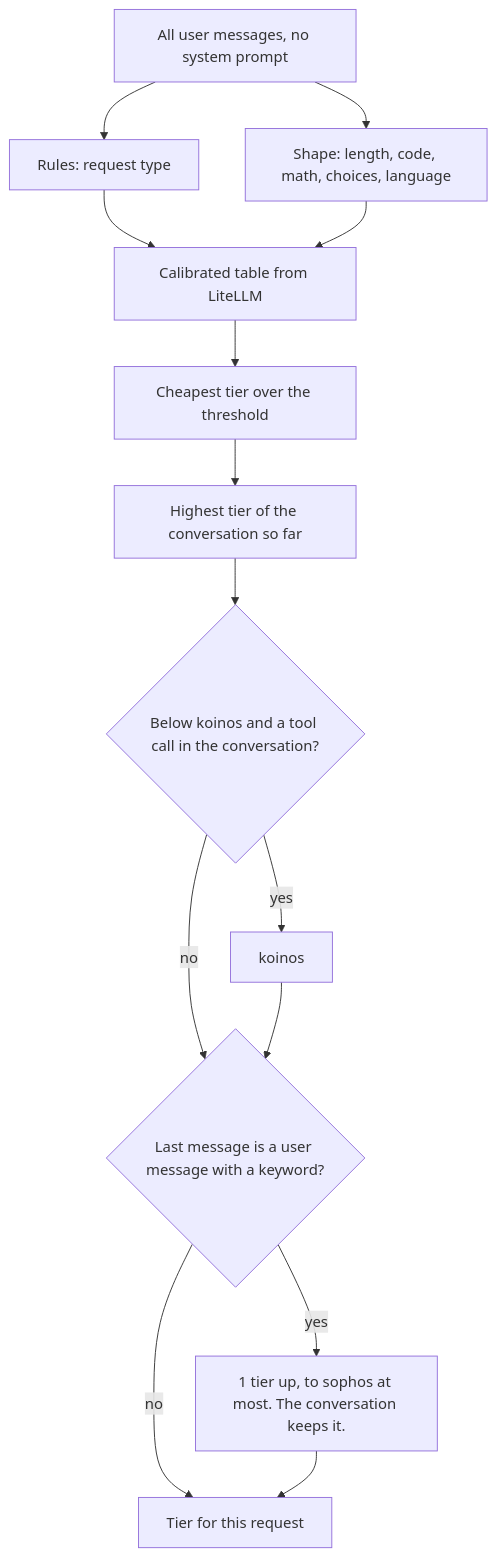
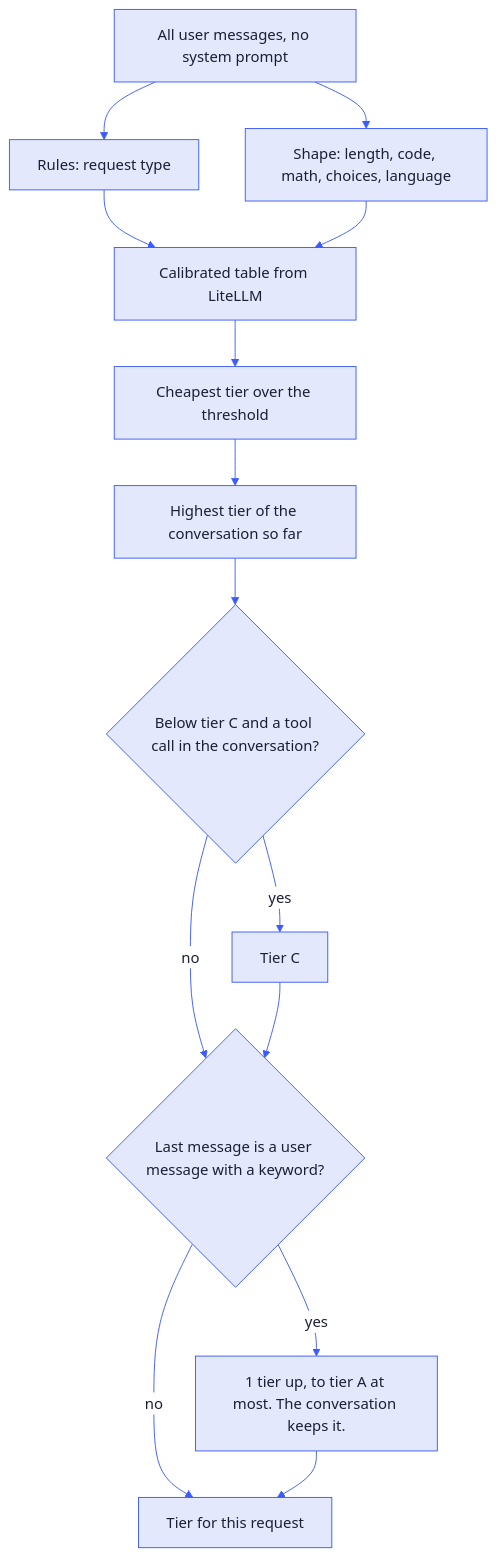
Before and after one commit to nemoe7/daedalus: the second of 6 diagrams in docs/architecture.md, drawn with Mermaid. The commit also changed other lines of this file and 6 other files, not shown here.

Commit message:
docs: colour the diagrams, name pools by role and link LiteLLM

````diff
--- a/docs/architecture.md
+++ b/docs/architecture.md
@@ -57,16 +60,17 @@
 ```mermaid
+%%{init: {"theme": "base", "themeVariables": {"primaryColor": "#e3e8fd", "primaryBorderColor": "#3b5bfd", "primaryTextColor": "#1a1f36", "lineColor": "#3b5bfd", "textColor": "#3b5bfd", "secondaryColor": "#ede9fe", "tertiaryColor": "#f5f3ff", "clusterBkg": "#f5f3ff", "clusterBorder": "#8b5cf6", "titleColor": "#5c388c", "edgeLabelBackground": "#ffffff", "noteBkgColor": "#ede9fe", "noteBorderColor": "#8b5cf6"}}}%%
 flowchart TD
   U[All user messages, no system prompt] --> R[Rules: request type]
   U --> K[Shape: length, code, math, choices, language]
   R --> AR[Calibrated table from LiteLLM]
   K --> AR
   AR --> T1[Cheapest tier over the threshold]
   T1 --> HT[Highest tier of the conversation so far]
-  HT --> TF{Below koinos and a tool call in the conversation?}
-  TF -->|yes| KF[koinos]
+  HT --> TF{Below tier C and a tool call in the conversation?}
+  TF -->|yes| KF[Tier C]
   TF -->|no| KW
   KF --> KW{Last message is a user message with a keyword?}
-  KW -->|yes| UP[1 tier up, to sophos at most. The conversation keeps it.]
+  KW -->|yes| UP[1 tier up, to tier A at most. The conversation keeps it.]
   KW -->|no| T
   UP --> T[Tier for this request]
 ```
````
